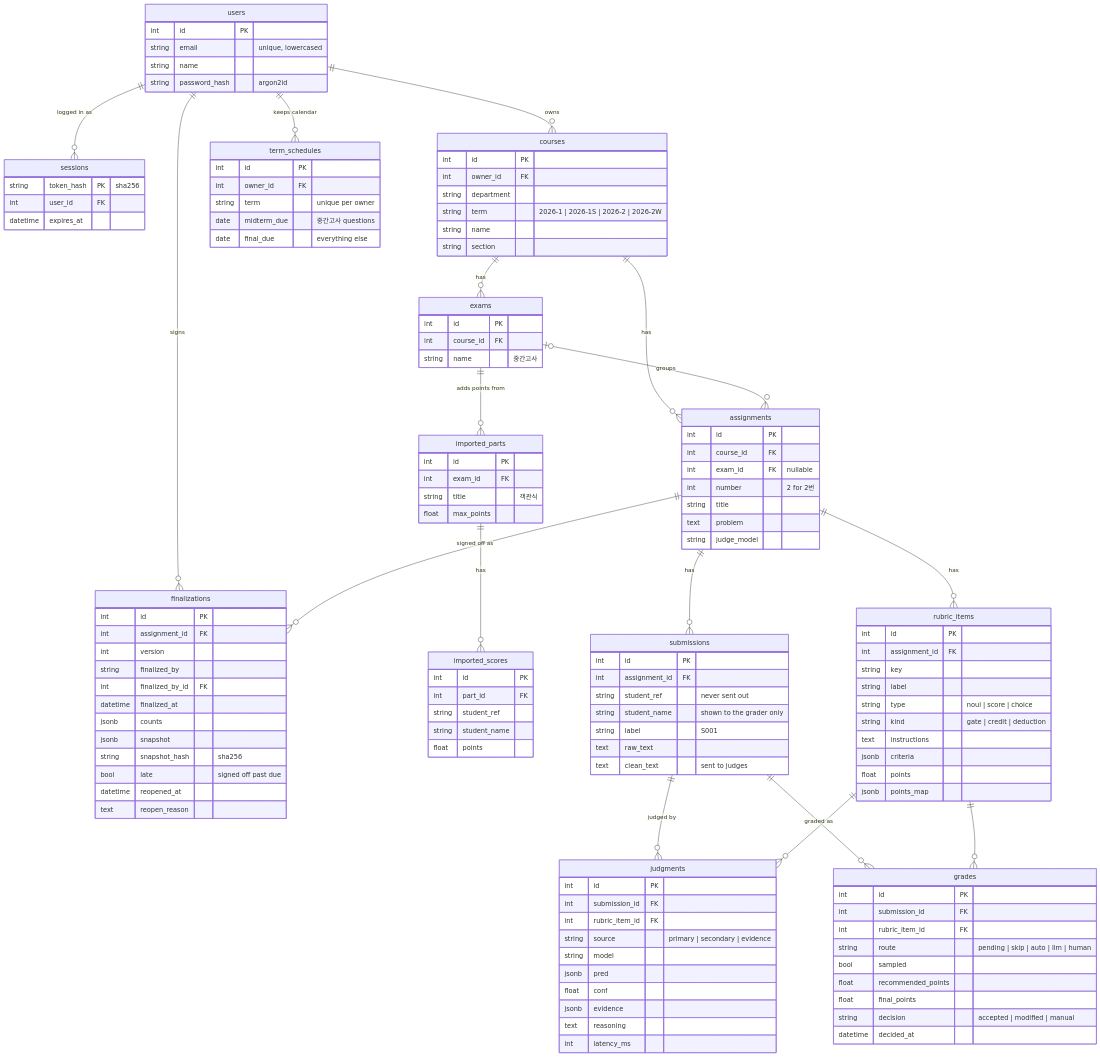
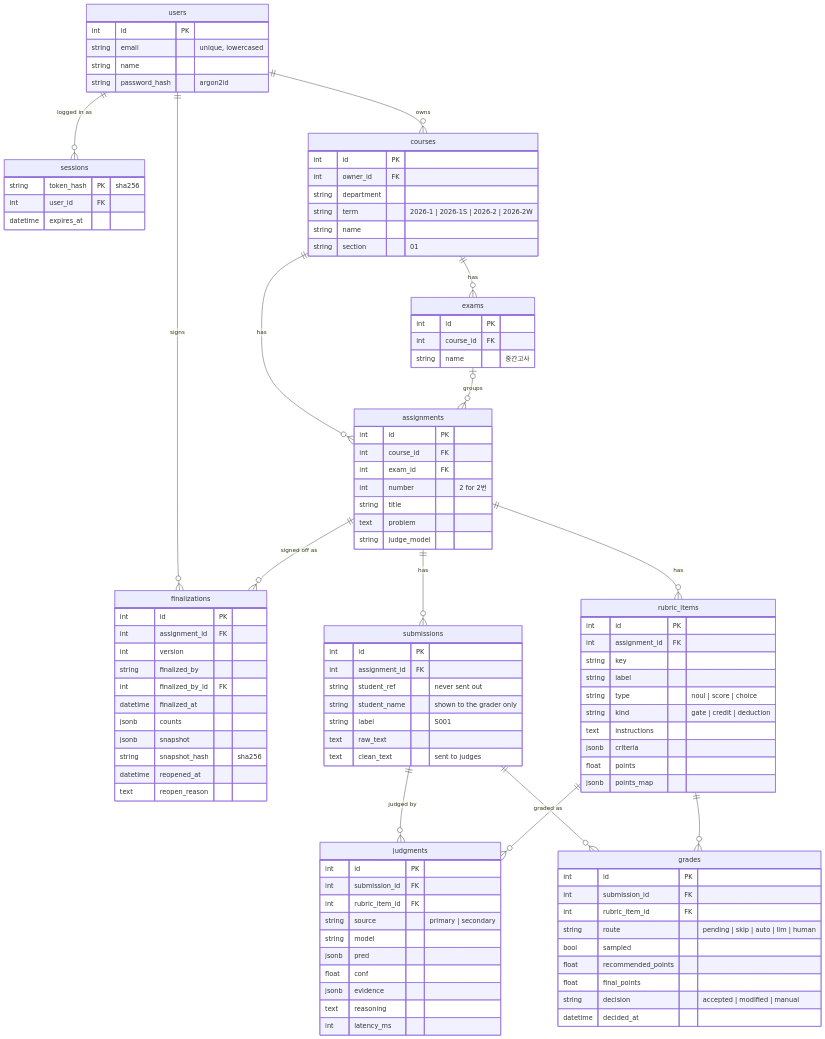
The diagram in docs/development.md (GrntKim/FastABC), drawn with Mermaid before and after one commit. The commit also changed other lines of this file and 2 other files, not shown here.

````diff
--- a/docs/development.md
+++ b/docs/development.md
@@ -59,12 +59,9 @@
     users ||--o{ sessions : "logged in as"
     users ||--o{ courses : owns
     users ||--o{ finalizations : signs
-    users ||--o{ term_schedules : "keeps calendar"
     courses ||--o{ exams : has
     courses ||--o{ assignments : has
     exams |o--o{ assignments : groups
-    exams ||--o{ imported_parts : "adds points from"
-    imported_parts ||--o{ imported_scores : has
     assignments ||--o{ rubric_items : has
     assignments ||--o{ submissions : has
     assignments ||--o{ finalizations : "signed off as"
@@ -90,30 +87,17 @@
         string department
         string term "2026-1 | 2026-1S | 2026-2 | 2026-2W"
         string name
-        string section
+        string section "01"
     }
     exams {
         int id PK
         int course_id FK
         string name "중간고사"
     }
-    imported_parts {
-        int id PK
-        int exam_id FK
-        string title "객관식"
-        float max_points
-    }
-    imported_scores {
-        int id PK
-        int part_id FK
-        string student_ref
-        string student_name
-        float points
-    }
     assignments {
         int id PK
         int course_id FK
-        int exam_id FK "nullable"
+        int exam_id FK
         int number "2 for 2번"
         string title
         text problem
@@ -144,7 +128,7 @@
         int id PK
         int submission_id FK
         int rubric_item_id FK
-        string source "primary | secondary | evidence"
+        string source "primary | secondary"
         string model
         jsonb pred
         float conf
@@ -173,15 +157,7 @@
         jsonb counts
         jsonb snapshot
         string snapshot_hash "sha256"
-        bool late "signed off past due"
         datetime reopened_at
         text reopen_reason
     }
-    term_schedules {
-        int id PK
-        int owner_id FK
-        string term "unique per owner"
-        date midterm_due "중간고사 questions"
-        date final_due "everything else"
-    }
 ```
````
